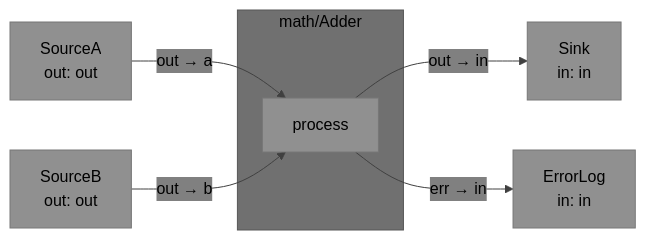
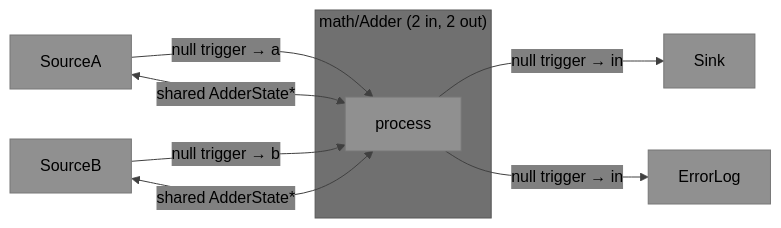
One commit to visionik/anyflux changed the seventh of 11 diagrams in docs/api.md. Above: the diagram before and after it, drawn with Mermaid. The commit also changed other lines of this file, not shown here.

````diff
--- a/docs/api.md
+++ b/docs/api.md
@@ -362,11 +387,13 @@
 ```mermaid
 %%{init: {'theme': 'base', 'themeVariables': { 'primaryColor': '#909090', 'secondaryColor': '#808080', 'tertiaryColor': '#707070', 'primaryTextColor': '#000000', 'secondaryTextColor': '#000000', 'tertiaryTextColor': '#000000', 'noteTextColor': '#000000', 'lineColor': '#404040' }}}%%
 graph LR
-    SRC_A["SourceA\nout: out"] -->|"out → a"| ADD
-    SRC_B["SourceB\nout: out"] -->|"out → b"| ADD
-    subgraph "math/Adder"
+    SRC_A["SourceA"] -->|"null trigger → a"| ADD
+    SRC_B["SourceB"] -->|"null trigger → b"| ADD
+    SRC_A <-->|"shared AdderState*"| ADD
+    SRC_B <-->|"shared AdderState*"| ADD
+    subgraph "math/Adder  (2 in, 2 out)"
         ADD[process]
     end
-    ADD -->|"out → in"| SINK["Sink\nin: in"]
-    ADD -->|"err → in"| ELOG["ErrorLog\nin: in"]
+    ADD -->|"null trigger → in"| SINK[Sink]
+    ADD -->|"null trigger → in"| ELOG[ErrorLog]
 ```
````
